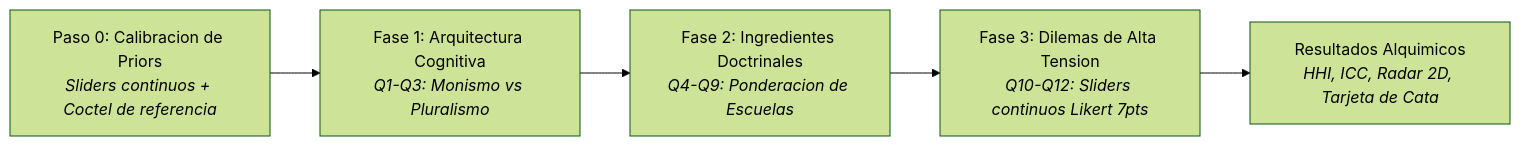
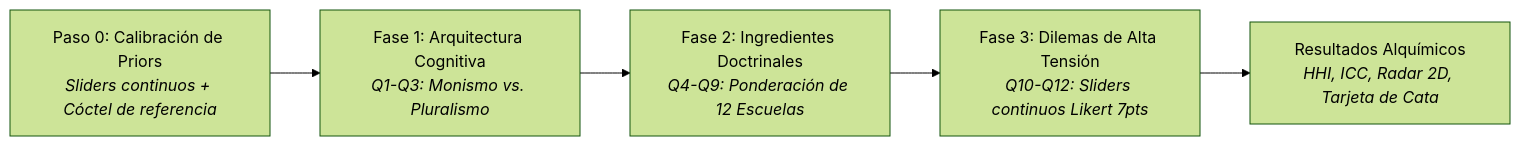
The second of 2 diagrams in README.md (willkwolf/economic-bar), drawn with Mermaid (forest theme) before and after one commit. The commit also changed other lines of this file and 24 other files, not shown here.

````diff
--- a/README.md
+++ b/README.md
@@ -80,7 +75,7 @@
 ```mermaid
 flowchart LR
-    S0["Paso 0: Calibracion de Priors<br><i>Sliders continuos + Coctel de referencia</i>"] --> F1["Fase 1: Arquitectura Cognitiva<br><i>Q1-Q3: Monismo vs Pluralismo</i>"]
-    F1 --> F2["Fase 2: Ingredientes Doctrinales<br><i>Q4-Q9: Ponderacion de Escuelas</i>"]
-    F2 --> F3["Fase 3: Dilemas de Alta Tension<br><i>Q10-Q12: Sliders continuos Likert 7pts</i>"]
-    F3 --> R["Resultados Alquimicos<br><i>HHI, ICC, Radar 2D, Tarjeta de Cata</i>"]
+    S0["Paso 0: Calibración de Priors<br><i>Sliders continuos + Cóctel de referencia</i>"] --> F1["Fase 1: Arquitectura Cognitiva<br><i>Q1-Q3: Monismo vs. Pluralismo</i>"]
+    F1 --> F2["Fase 2: Ingredientes Doctrinales<br><i>Q4-Q9: Ponderación de 12 Escuelas</i>"]
+    F2 --> F3["Fase 3: Dilemas de Alta Tensión<br><i>Q10-Q12: Sliders continuos Likert 7pts</i>"]
+    F3 --> R["Resultados Alquímicos<br><i>HHI, ICC, Radar 2D, Tarjeta de Cata</i>"]
 ```
````
